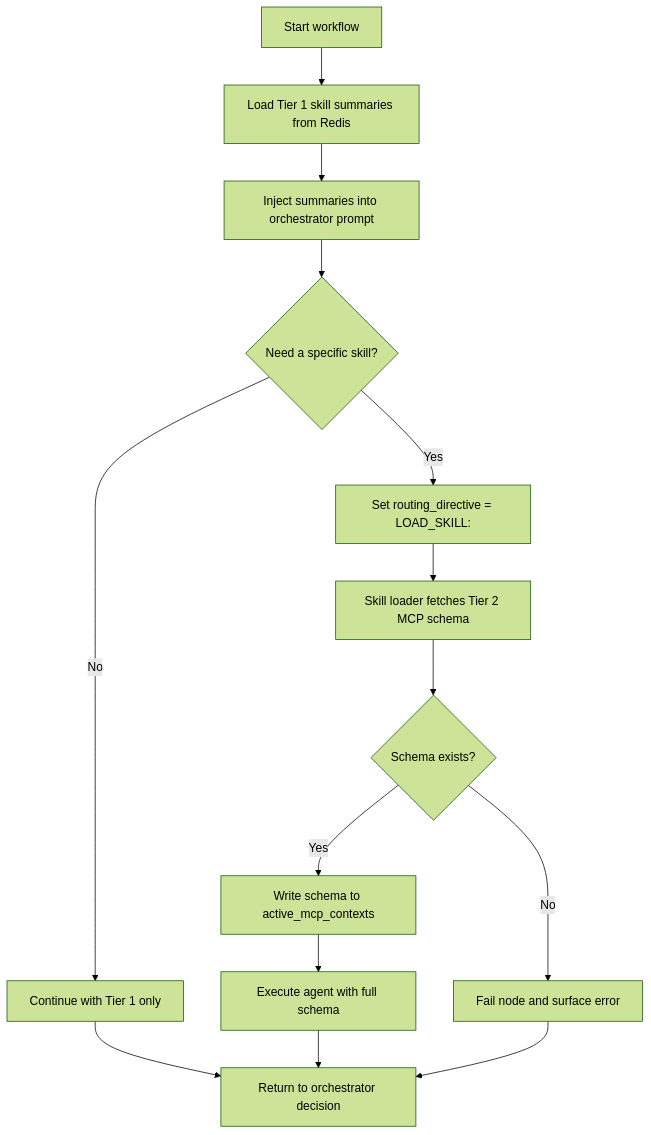
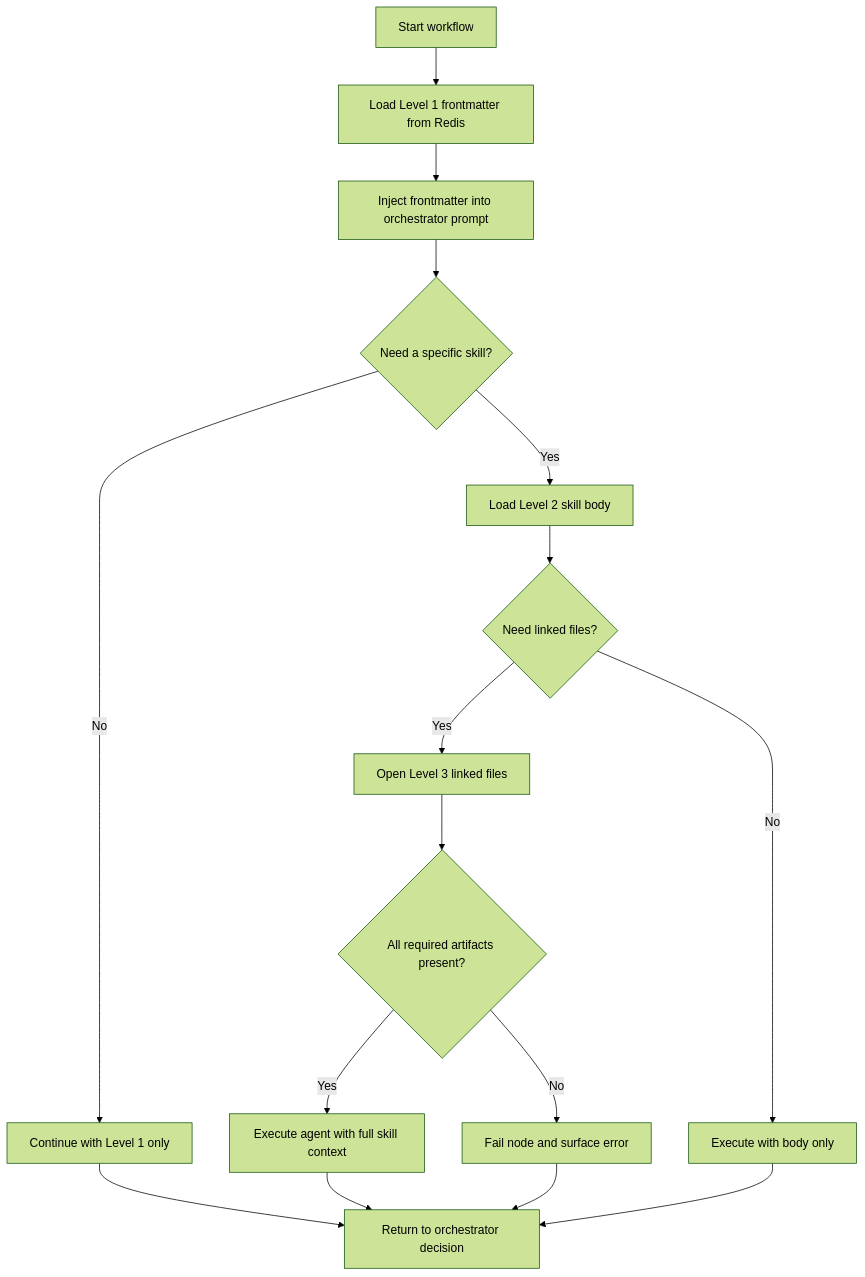
Before and after one commit to destngx/monorepo: the diagram in docs/graph-weave/specification/skills/skill-loading-flow.md, drawn with Mermaid (forest theme). The commit also changed other lines of this file and 32 other files, not shown here.

Commit message:
docs: refine the 2 request flow and nodes centre

````diff
--- a/docs/graph-weave/specification/skills/skill-loading-flow.md
+++ b/docs/graph-weave/specification/skills/skill-loading-flow.md
@@ -50,16 +54,18 @@
 ```mermaid
 flowchart TD
-    A[Start workflow] --> B[Load Tier 1 skill summaries from Redis]
-    B --> C[Inject summaries into orchestrator prompt]
+    A[Start workflow] --> B[Load Level 1 frontmatter from Redis]
+    B --> C[Inject frontmatter into orchestrator prompt]
     C --> D{Need a specific skill?}
-    D -->|No| E[Continue with Tier 1 only]
-    D -->|Yes| F[Set routing_directive = LOAD_SKILL:<id>]
-    F --> G[Skill loader fetches Tier 2 MCP schema]
-    G --> H{Schema exists?}
-    H -->|Yes| I[Write schema to active_mcp_contexts]
-    H -->|No| J[Fail node and surface error]
-    I --> K[Execute agent with full schema]
-    E --> L[Return to orchestrator decision]
-    K --> L
-    J --> L
+    D -->|No| E[Continue with Level 1 only]
+    D -->|Yes| F[Load Level 2 skill body]
+    F --> G{Need linked files?}
+    G -->|Yes| H[Open Level 3 linked files]
+    G -->|No| I[Execute with body only]
+    H --> J{All required artifacts present?}
+    I --> K[Return to orchestrator decision]
+    J -->|Yes| L[Execute agent with full skill context]
+    J -->|No| M[Fail node and surface error]
+    E --> K
+    L --> K
+    M --> K
 ```
````
